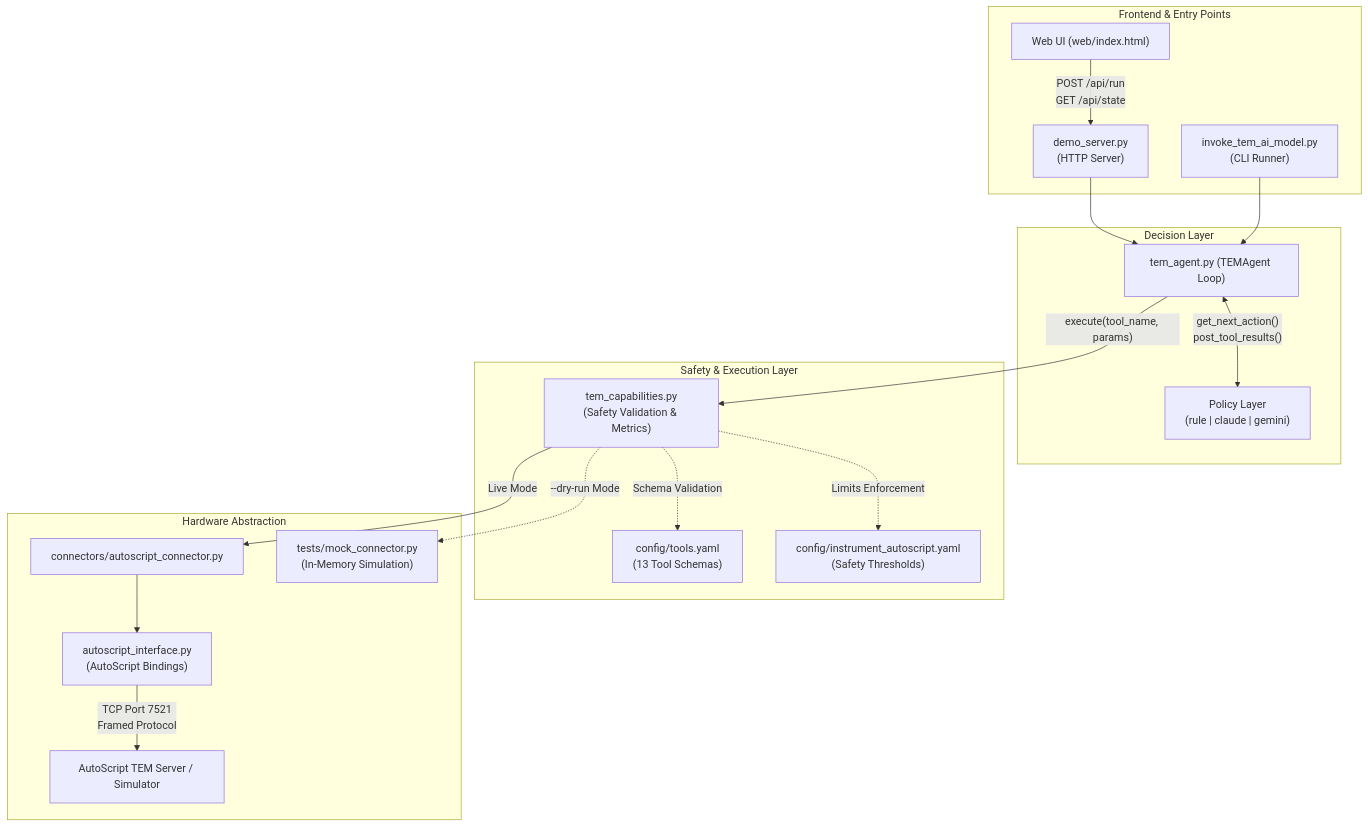
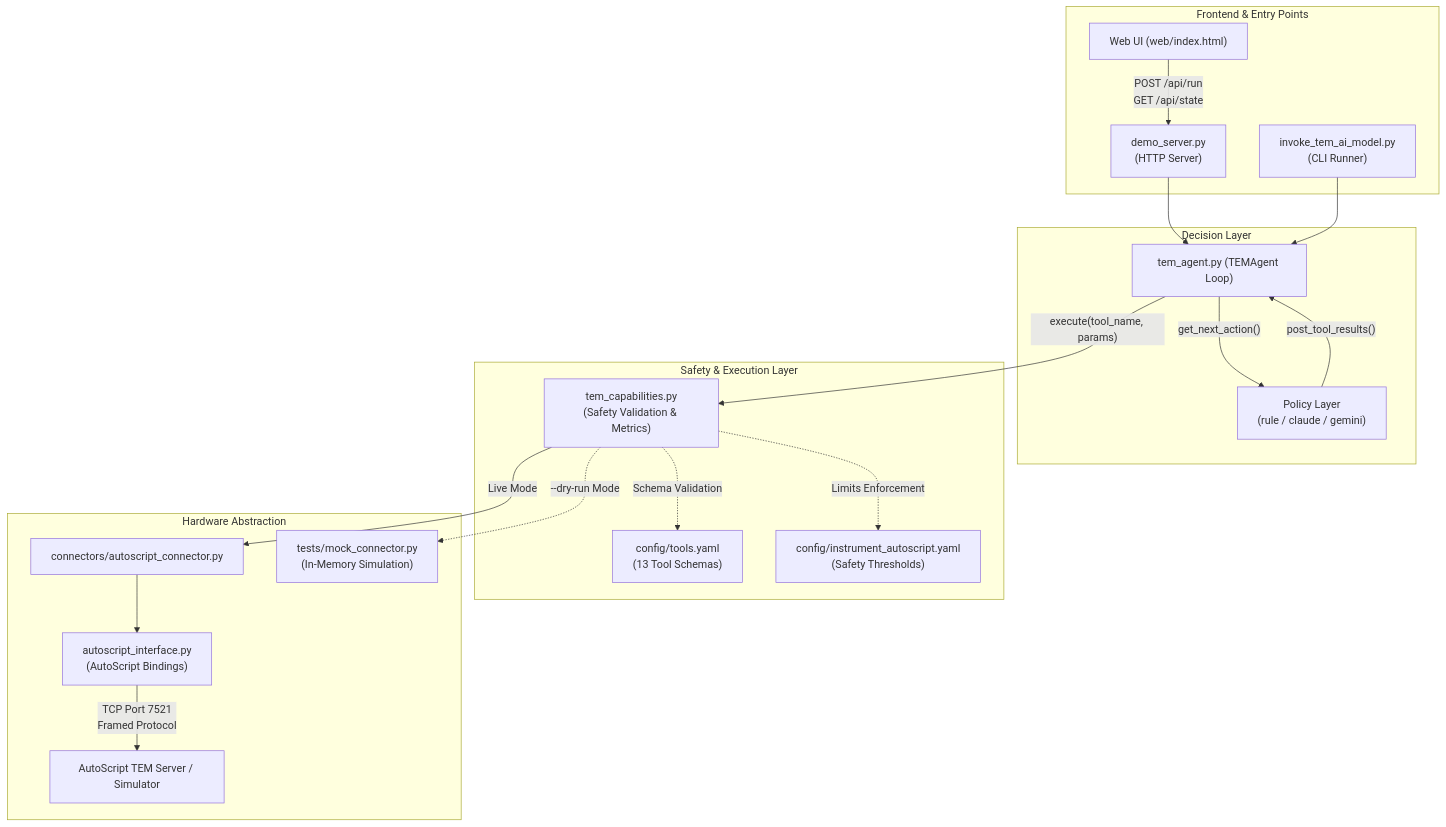
One commit to opensciencestack/tem-agent changed the diagram in README.md. Above: the diagram before and after it, drawn with Mermaid. The commit also changed other lines of this file, not shown here.

Commit message:
docs: add comprehensive API documentation to README for REST endpoints and Python programmatic usage

````diff
--- a/README.md
+++ b/README.md
@@ -54,27 +63,28 @@
 ```mermaid
 flowchart TD
-  subgraph Frontend & Entry Points
-    UI["Web UI (web/index.html)"] -->|"POST /api/run\nGET /api/state"| SRV["demo_server.py\n(HTTP Server)"]
-    CLI["invoke_tem_ai_model.py\n(CLI Runner)"]
+  subgraph frontend["Frontend & Entry Points"]
+    UI["Web UI (web/index.html)"] -->|"POST /api/run<br/>GET /api/state"| SRV["demo_server.py<br/>(HTTP Server)"]
+    CLI["invoke_tem_ai_model.py<br/>(CLI Runner)"]
   end
 
   SRV --> AG["tem_agent.py (TEMAgent Loop)"]
   CLI --> AG
 
-  subgraph Decision Layer
-    AG <-->|"get_next_action()\npost_tool_results()"| POL["Policy Layer\n(rule | claude | gemini)"]
+  subgraph decision["Decision Layer"]
+    AG -->|"get_next_action()"| POL["Policy Layer<br/>(rule / claude / gemini)"]
+    POL -->|"post_tool_results()"| AG
   end
 
-  subgraph Safety & Execution Layer
-    AG -->|"execute(tool_name, params)"| CAP["tem_capabilities.py\n(Safety Validation & Metrics)"]
-    CAP -.->|"Schema Validation"| TOOLS["config/tools.yaml\n(13 Tool Schemas)"]
-    CAP -.->|"Limits Enforcement"| LIM["config/instrument_autoscript.yaml\n(Safety Thresholds)"]
+  subgraph safety["Safety & Execution Layer"]
+    AG -->|"execute(tool_name, params)"| CAP["tem_capabilities.py<br/>(Safety Validation & Metrics)"]
+    CAP -.->|"Schema Validation"| TOOLS["config/tools.yaml<br/>(13 Tool Schemas)"]
+    CAP -.->|"Limits Enforcement"| LIM["config/instrument_autoscript.yaml<br/>(Safety Thresholds)"]
   end
 
-  subgraph Hardware Abstraction
+  subgraph hardware["Hardware Abstraction"]
     CAP -->|"Live Mode"| CONN["connectors/autoscript_connector.py"]
-    CAP -.->|"--dry-run Mode"| MOCK["tests/mock_connector.py\n(In-Memory Simulation)"]
-    CONN --> IF["autoscript_interface.py\n(AutoScript Bindings)"]
-    IF -->|"TCP Port 7521\nFramed Protocol"| SIM["AutoScript TEM Server / Simulator"]
+    CAP -.->|"--dry-run Mode"| MOCK["tests/mock_connector.py<br/>(In-Memory Simulation)"]
+    CONN --> IF["autoscript_interface.py<br/>(AutoScript Bindings)"]
+    IF -->|"TCP Port 7521<br/>Framed Protocol"| SIM["AutoScript TEM Server / Simulator"]
   end
 ```
````
